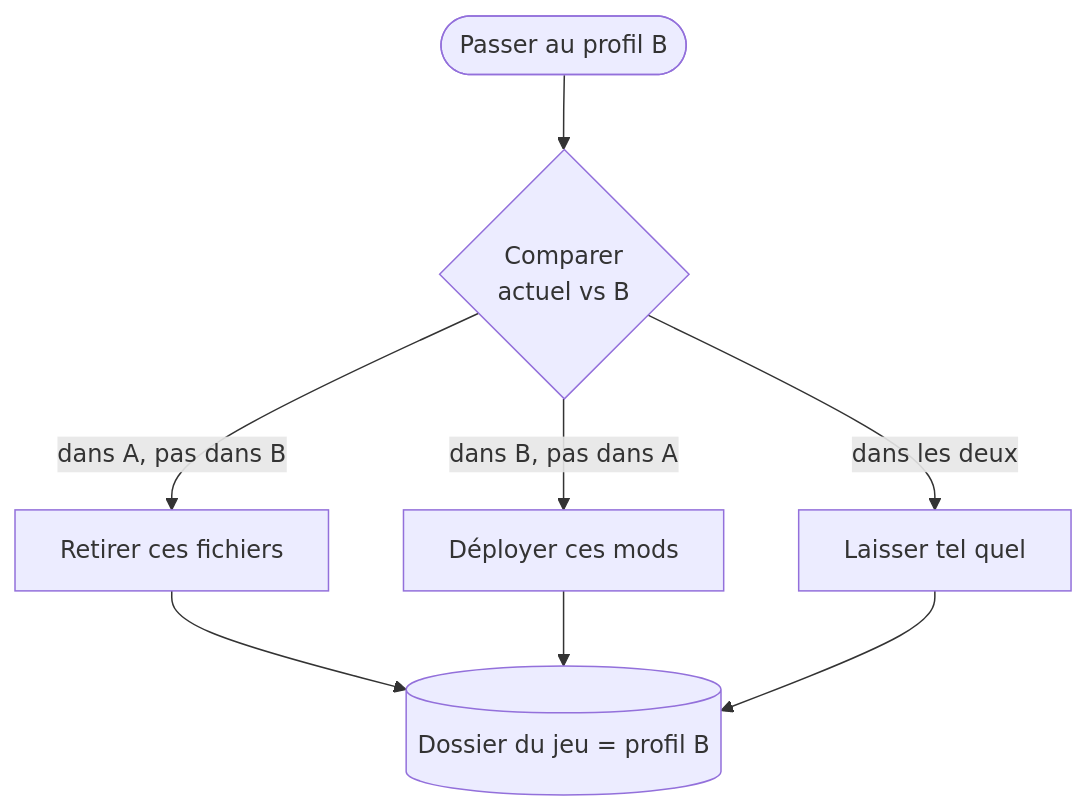
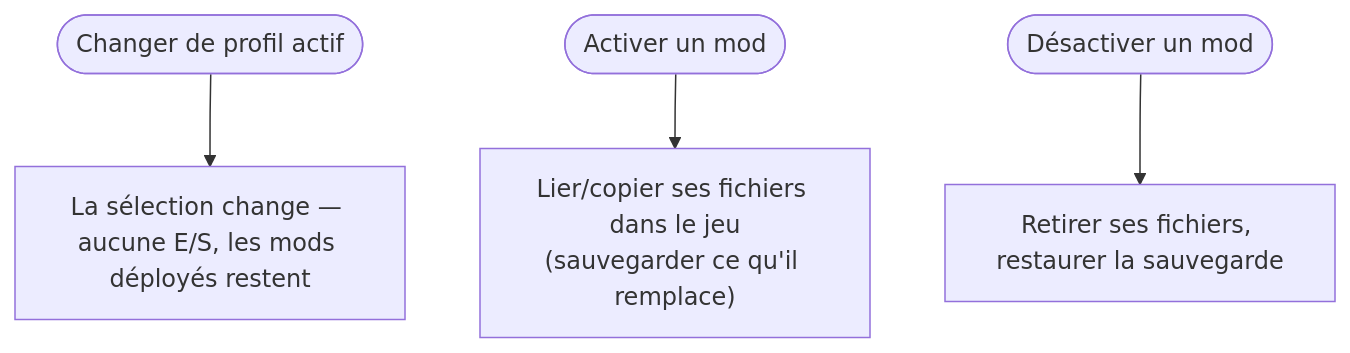
One commit to FreeProject089/BMM-Docs changed the first of 2 diagrams in docs/how-it-works/profiles-activation.fr.md. Above: the diagram before and after it, drawn with Mermaid. The commit also changed other lines of this file and 6 other files, not shown here.

````diff
--- a/docs/how-it-works/profiles-activation.fr.md
+++ b/docs/how-it-works/profiles-activation.fr.md
@@ -13,10 +16,6 @@
 ```mermaid
 flowchart TB
-    START([Passer au profil B]) --> DIFF{Comparer<br/>actuel vs B}
-    DIFF -- "dans A, pas dans B" --> REMOVE["Retirer ces fichiers"]
-    DIFF -- "dans B, pas dans A" --> ADD["Déployer ces mods"]
-    DIFF -- "dans les deux" --> KEEP["Laisser tel quel"]
-    REMOVE --> COMMIT
-    ADD --> COMMIT
-    KEEP --> COMMIT[(Dossier du jeu = profil B)]
+    SW([Changer de profil actif]) --> PTR["La sélection change — aucune E/S, les mods déployés restent"]
+    EN([Activer un mod]) --> DEPLOY["Lier/copier ses fichiers dans le jeu<br/>(sauvegarder ce qu'il remplace)"]
+    DIS([Désactiver un mod]) --> REMOVE["Retirer ses fichiers, restaurer la sauvegarde"]
 ```
````
